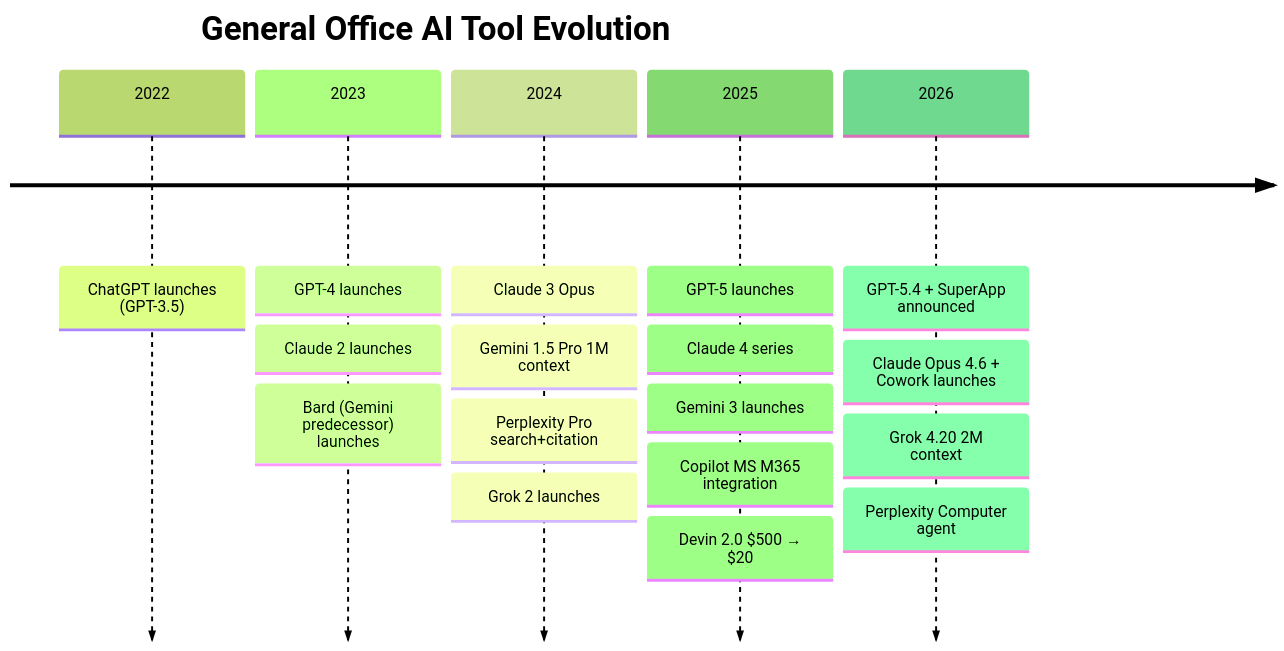
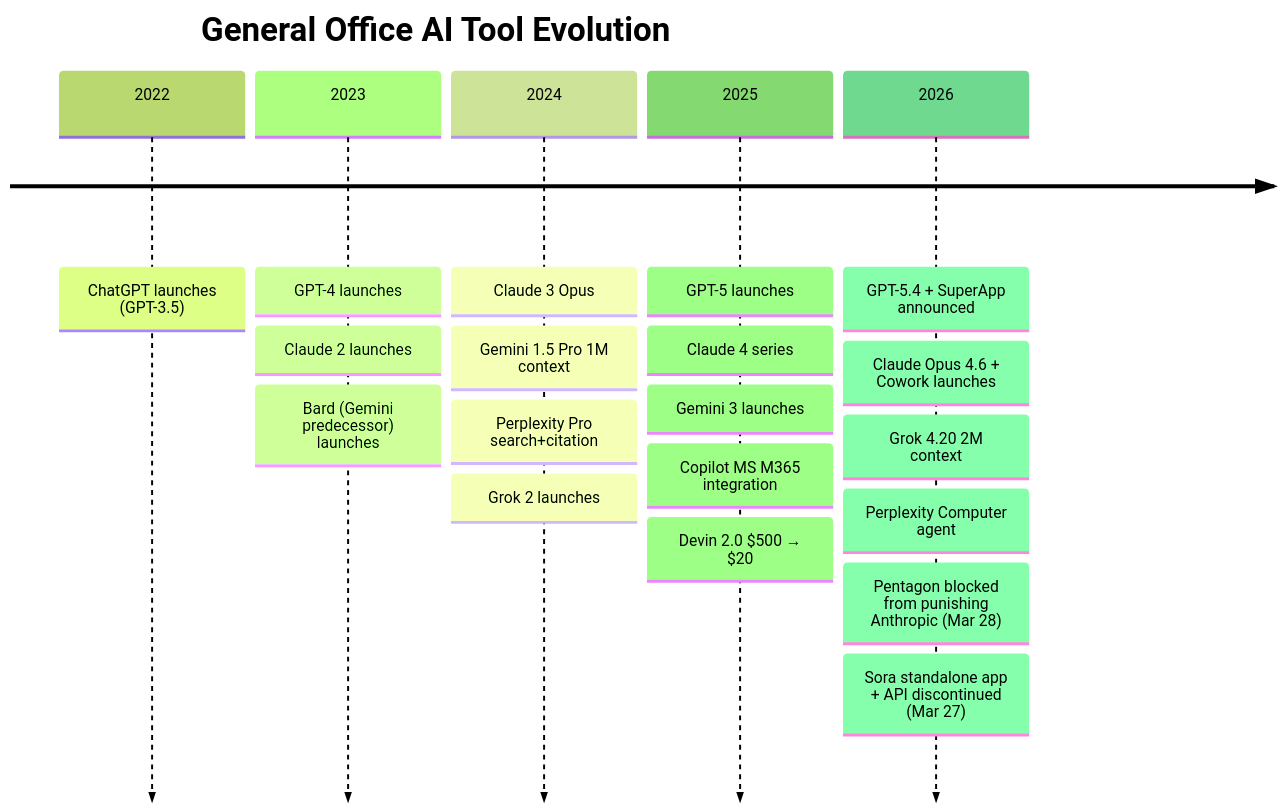
Before and after one commit to Lazere4385/ai-whatchelin: the tenth of 11 diagrams in README.md, drawn with Mermaid (forest theme). The commit also changed other lines of this file and 1 other file, not shown here.

````diff
--- a/README.md
+++ b/README.md
@@ -758,21 +759,23 @@
 ```mermaid
 timeline
     title General Office AI Tool Evolution
     2022 : ChatGPT launches (GPT-3.5)
     2023 : GPT-4 launches
          : Claude 2 launches
          : Bard (Gemini predecessor) launches
     2024 : Claude 3 Opus
          : Gemini 1.5 Pro 1M context
          : Perplexity Pro search+citation
          : Grok 2 launches
     2025 : GPT-5 launches
          : Claude 4 series
          : Gemini 3 launches
          : Copilot MS M365 integration
          : Devin 2.0 $500 → $20
     2026 : GPT-5.4 + SuperApp announced
          : Claude Opus 4.6 + Cowork launches
          : Grok 4.20 2M context
          : Perplexity Computer agent
+         : Pentagon blocked from punishing Anthropic (Mar 28)
+         : Sora standalone app + API discontinued (Mar 27)
 ```
````
